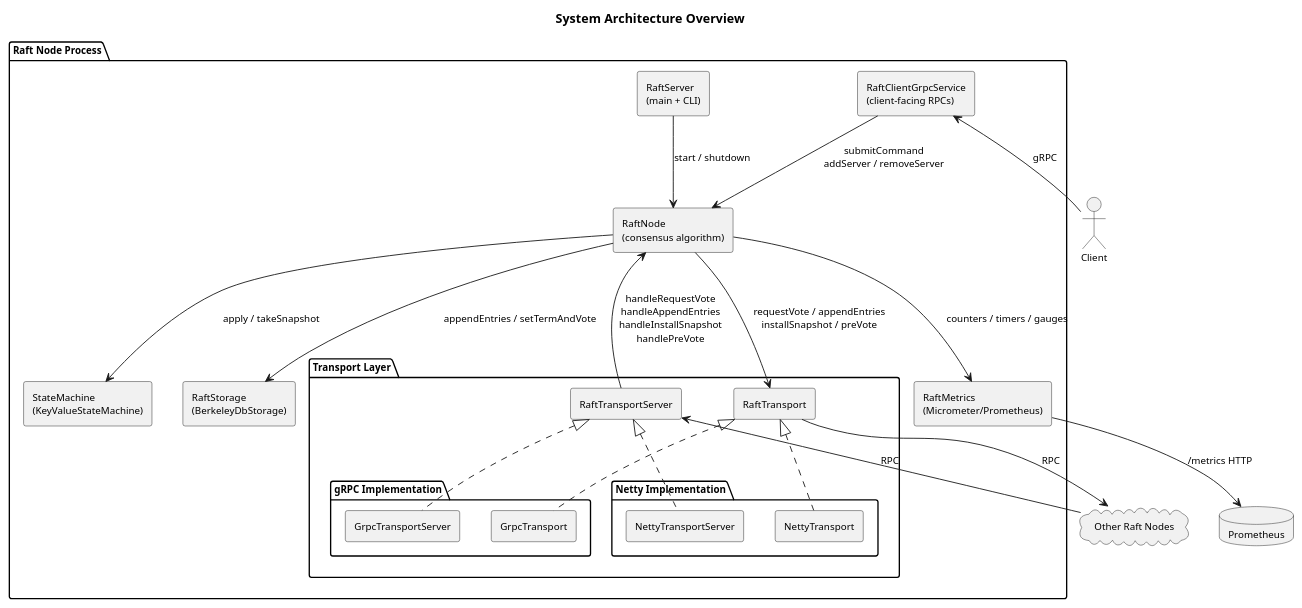
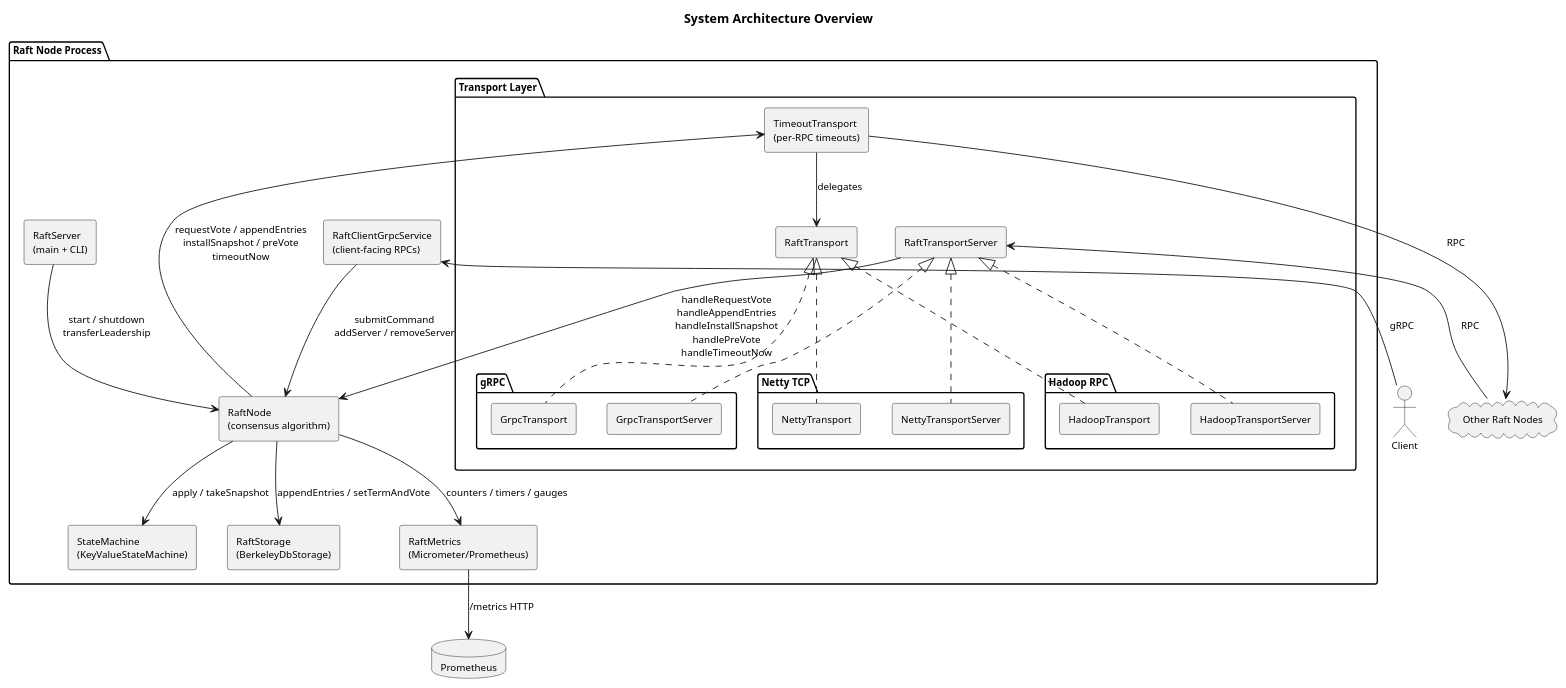
The diagram in docs/component.puml (fbtberger/fbtberger-raft), drawn with PlantUML before and after one commit. The commit also changed 8 other files, not shown here.

```diff
--- a/docs/component.puml
+++ b/docs/component.puml
@@ -1,53 +1,61 @@
 @startuml
 skinparam componentStyle rectangle
 skinparam defaultFontSize 11
 
 title System Architecture Overview
 
 package "Raft Node Process" {
     [RaftServer\n(main + CLI)] as Server
     [RaftNode\n(consensus algorithm)] as Node
     [StateMachine\n(KeyValueStateMachine)] as SM
     [RaftStorage\n(BerkeleyDbStorage)] as Storage
     [RaftMetrics\n(Micrometer/Prometheus)] as Metrics
 
     package "Transport Layer" {
         [RaftTransportServer] as TServer
+        [TimeoutTransport\n(per-RPC timeouts)] as Timeout
         [RaftTransport] as TClient
 
-        package "gRPC Implementation" {
+        package "gRPC" {
             [GrpcTransportServer] as GrpcS
             [GrpcTransport] as GrpcC
         }
-        package "Netty Implementation" {
+        package "Netty TCP" {
             [NettyTransportServer] as NettyS
             [NettyTransport] as NettyC
+        }
+        package "Hadoop RPC" {
+            [HadoopTransportServer] as HadoopS
+            [HadoopTransport] as HadoopC
         }
 
         TServer <|.. GrpcS
         TServer <|.. NettyS
+        TServer <|.. HadoopS
         TClient <|.. GrpcC
         TClient <|.. NettyC
+        TClient <|.. HadoopC
+        Timeout --> TClient : delegates
     }
 
     [RaftClientGrpcService\n(client-facing RPCs)] as ClientSvc
 
-    Server --> Node : start / shutdown
+    Server --> Node : start / shutdown\ntransferLeadership
     Node --> SM : apply / takeSnapshot
     Node --> Storage : appendEntries / setTermAndVote
-    Node --> TClient : requestVote / appendEntries\ninstallSnapshot / preVote
+    Node --> Timeout : requestVote / appendEntries\ninstallSnapshot / preVote\ntimeoutNow
     Node --> Metrics : counters / timers / gauges
-    TServer --> Node : handleRequestVote\nhandleAppendEntries\nhandleInstallSnapshot\nhandlePreVote
+    TServer --> Node : handleRequestVote\nhandleAppendEntries\nhandleInstallSnapshot\nhandlePreVote\nhandleTimeoutNow
     ClientSvc --> Node : submitCommand\naddServer / removeServer
 }
 
 cloud "Other Raft Nodes" as Peers
 actor "Client" as Client
 database "Prometheus" as Prom
 
-TClient --> Peers : RPC
+Timeout --> Peers : RPC
 TServer <-- Peers : RPC
 ClientSvc <-- Client : gRPC
 Metrics --> Prom : /metrics HTTP
 
 @enduml
```
